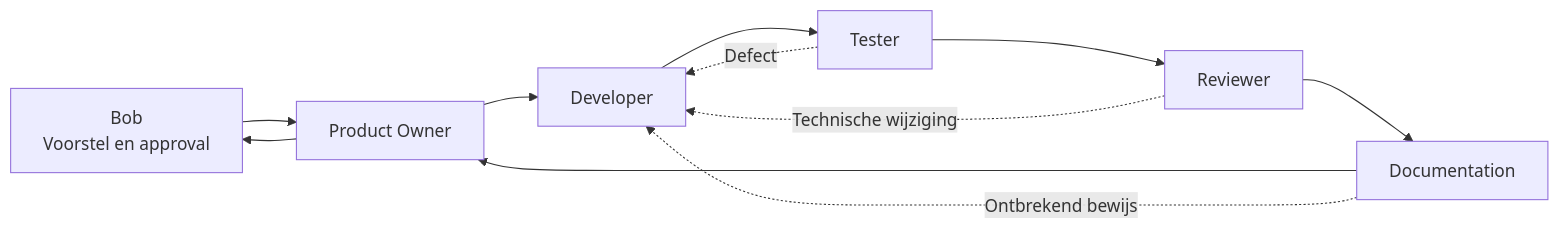
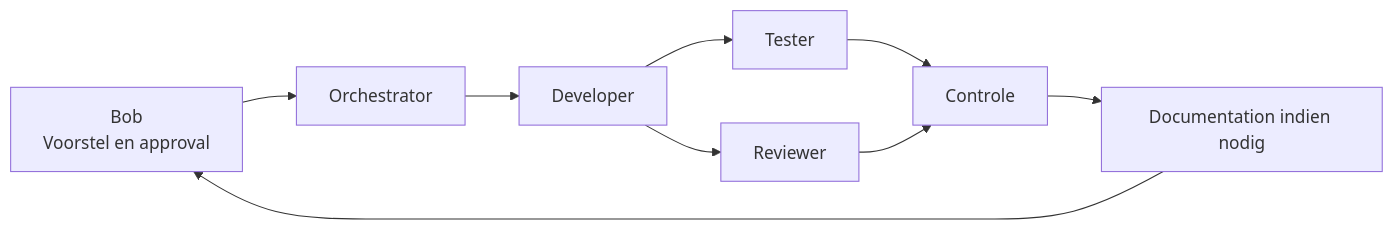
Before and after one commit to Bobonfire/leren-lezen-modular: the third of 3 diagrams in docs/HUMAN_GUIDE.md, drawn with Mermaid. The commit also changed other lines of this file and 70 other files, not shown here.

````diff
--- a/docs/HUMAN_GUIDE.md
+++ b/docs/HUMAN_GUIDE.md
@@ -83,14 +84,11 @@
 ```mermaid
 flowchart LR
-    Bob["Bob<br/>Voorstel en approval"] --> PO["Product Owner"]
-    PO --> Dev["Developer"]
+    Bob["Bob<br/>Voorstel en approval"] --> O["Orchestrator"]
+    O --> Dev["Developer"]
     Dev --> Test["Tester"]
-    Test --> Review["Reviewer"]
-    Review --> Docs["Documentation"]
-    Docs --> PO
-    PO --> Bob
-
-    Test -.->|Defect| Dev
-    Review -.->|Technische wijziging| Dev
-    Docs -.->|Ontbrekend bewijs| Dev
+    Dev --> Review["Reviewer"]
+    Test --> Gate["Controle"]
+    Review --> Gate
+    Gate --> Docs["Documentation indien nodig"]
+    Docs --> Bob
 ```
````
